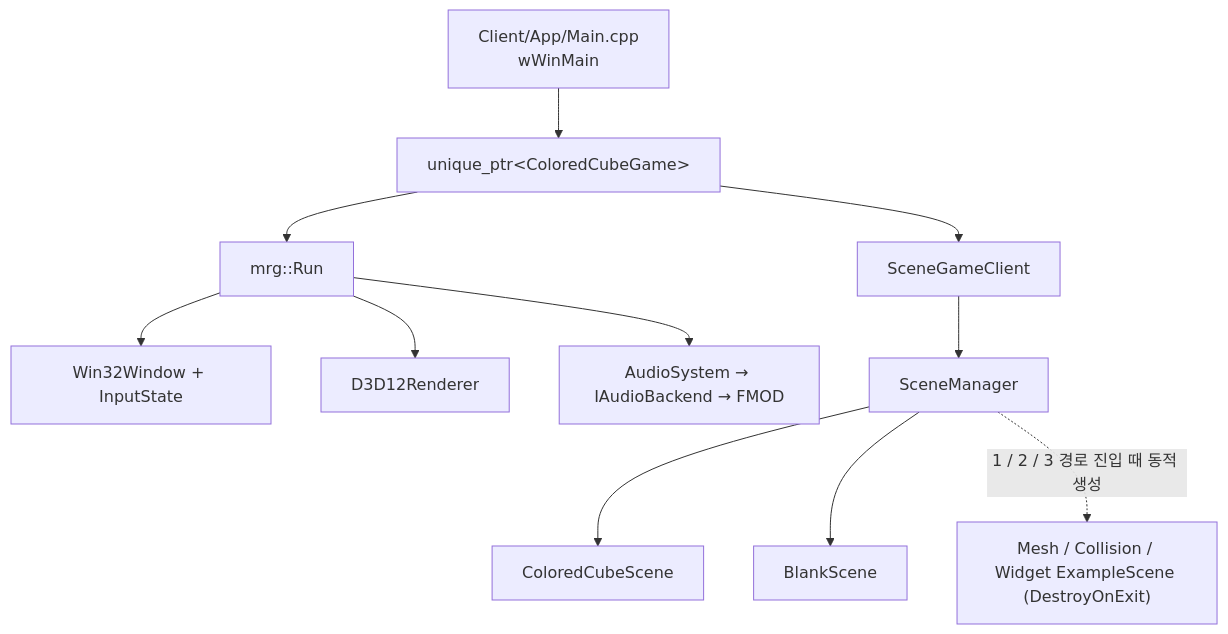
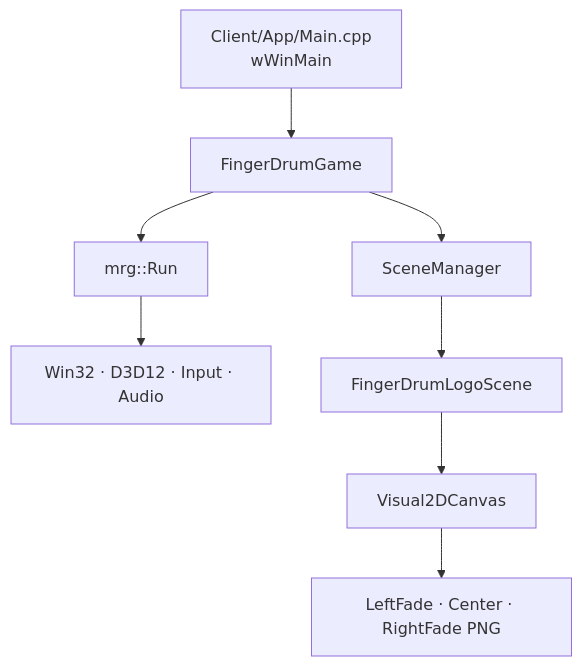
One commit to 4dblackhole/MyRhythmGame-Client changed the diagram in Docs/ExecutionFlow.md. Above: the diagram before and after it, drawn with Mermaid. The commit also changed other lines of this file and 34 other files, not shown here.

Commit message:
Add FingerDrum logo entry screen

````diff
--- a/Docs/ExecutionFlow.md
+++ b/Docs/ExecutionFlow.md
@@ -10,13 +7,10 @@
 ```mermaid
 flowchart TD
-    Entry["Client/App/Main.cpp\nwWinMain"] --> Client["unique_ptr&lt;ColoredCubeGame&gt;"]
-    Client --> Run["mrg::Run"]
-    Run --> Window["Win32Window + InputState"]
-    Run --> Renderer["D3D12Renderer"]
-    Run --> Audio["AudioSystem → IAudioBackend → FMOD"]
-    Client --> SceneClient["SceneGameClient"]
-    SceneClient --> Manager["SceneManager"]
-    Manager --> Cube["ColoredCubeScene"]
-    Manager --> Blank["BlankScene"]
-    Manager -. "1 / 2 / 3 경로 진입 때 동적 생성" .-> Examples["Mesh / Collision / Widget ExampleScene (DestroyOnExit)"]
+    Entry["Client/App/Main.cpp\nwWinMain"] --> Game["FingerDrumGame"]
+    Game --> Run["mrg::Run"]
+    Run --> Systems["Win32 · D3D12 · Input · Audio"]
+    Game --> Manager["SceneManager"]
+    Manager --> Logo["FingerDrumLogoScene"]
+    Logo --> Canvas["Visual2DCanvas"]
+    Canvas --> Images["LeftFade · Center · RightFade PNG"]
 ```
````
